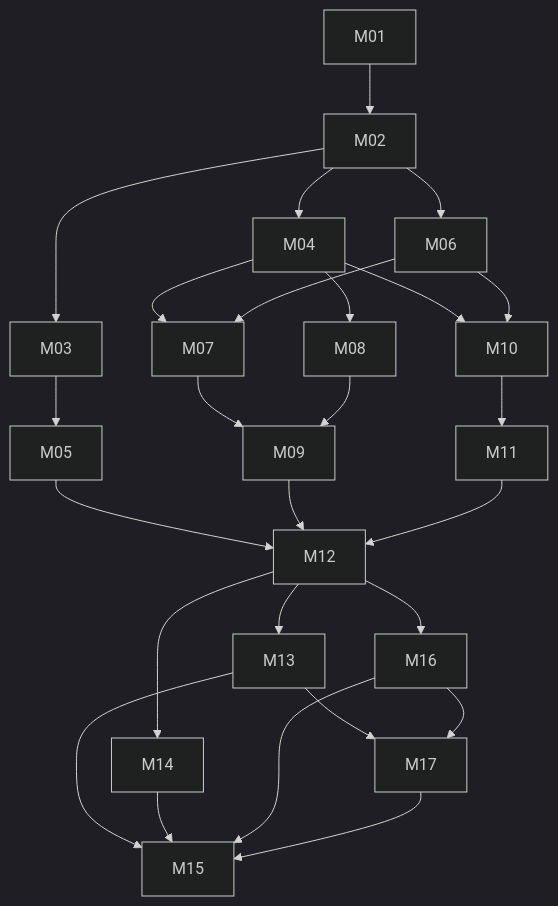
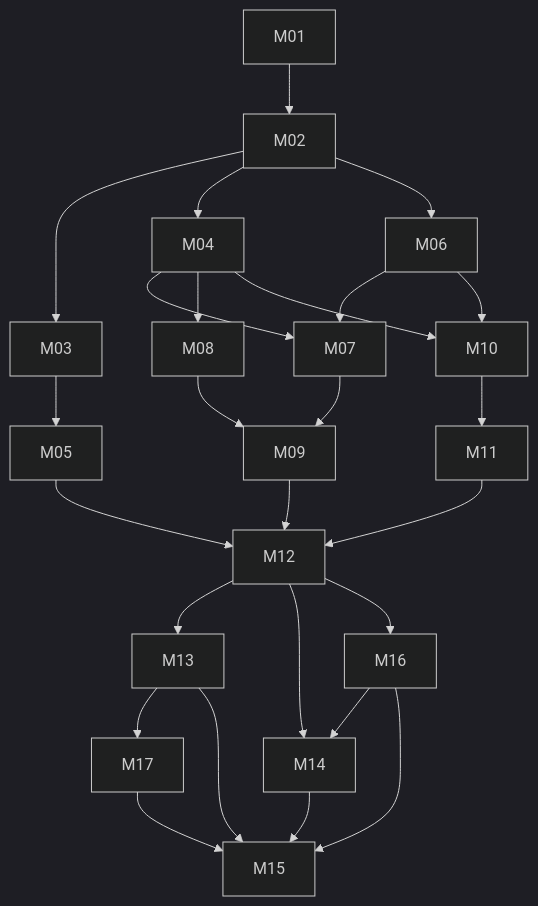
Before and after one commit to KomplexMojo/NordicAim: the diagram in docs/milestones/README.md, drawn with Mermaid (dark theme). The commit also changed other lines of this file and 2 other files, not shown here.

````diff
--- a/docs/milestones/README.md
+++ b/docs/milestones/README.md
@@ -33,27 +33,27 @@
 ```mermaid
 flowchart TD
   M01 --> M02
   M02 --> M03 --> M05
   M02 --> M04
   M02 --> M06
   M04 --> M07
   M06 --> M07
   M04 --> M08
   M07 --> M09
   M08 --> M09
   M04 --> M10
   M06 --> M10
   M10 --> M11
   M05 --> M12
   M09 --> M12
   M11 --> M12
   M12 --> M13
   M12 --> M14
   M12 --> M16
   M13 --> M17
-  M16 --> M17
+  M16 --> M14
   M13 --> M15
   M14 --> M15
   M16 --> M15
   M17 --> M15
 ```
````
